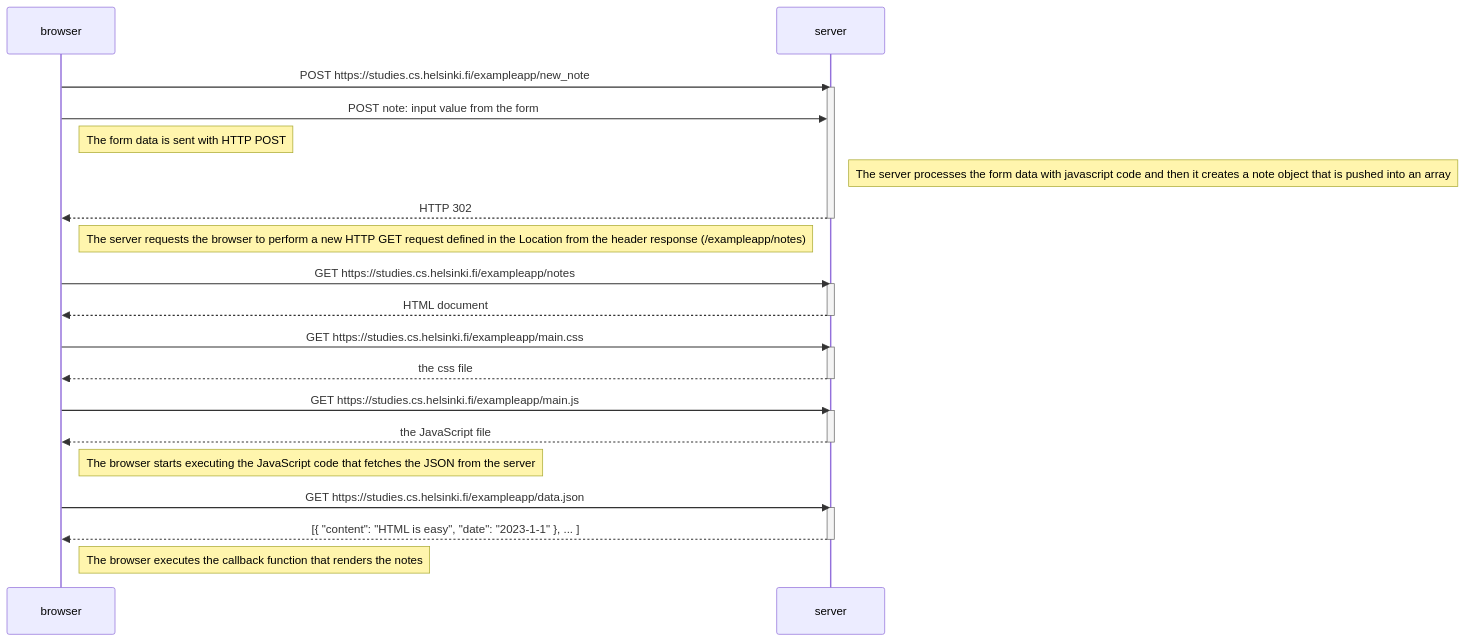
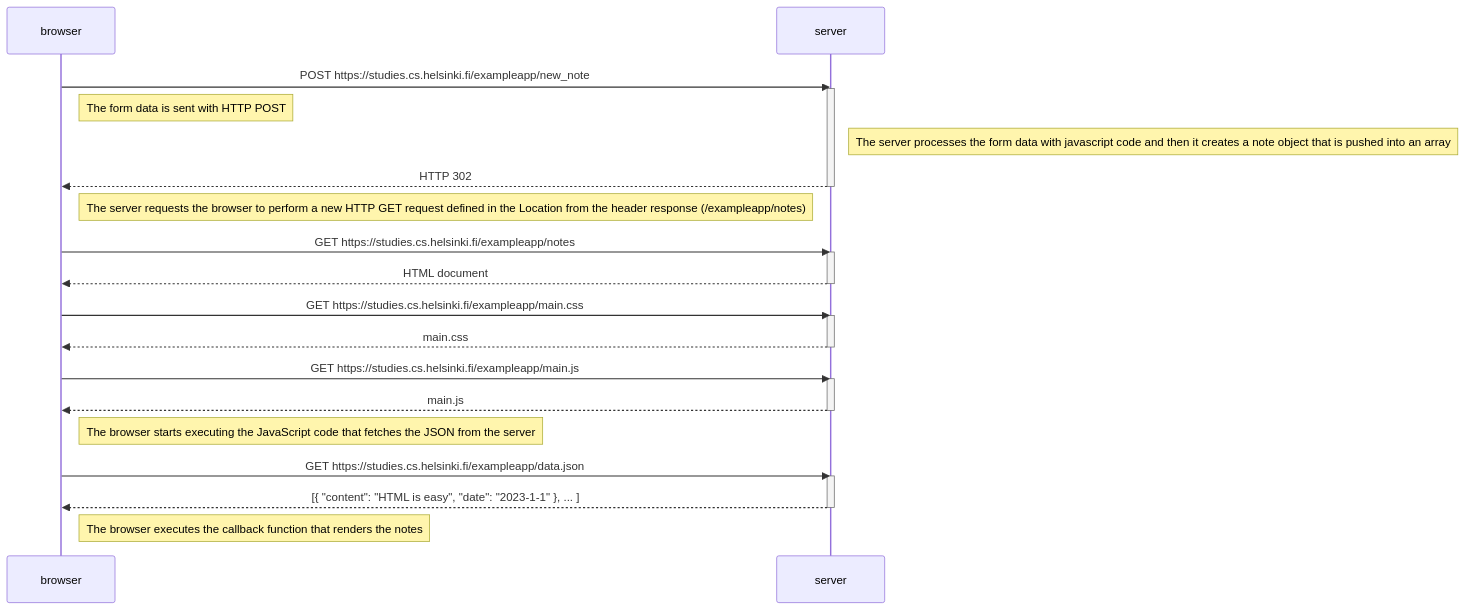
The diagram in part0/0.4/0.4.md (PeraSoluciones/fullstackopen), drawn with Mermaid before and after one commit.

````diff
--- a/part0/0.4/0.4.md
+++ b/part0/0.4/0.4.md
@@ -1,41 +1,40 @@
 ```mermaid
 sequenceDiagram
     participant browser
     participant server
 
     browser->>server: POST https://studies.cs.helsinki.fi/exampleapp/new_note
     activate server
-    browser->>server: POST note: input value from the form
 
     Note right of browser: The form data is sent with HTTP POST  
     Note right of server: The server processes the form data with javascript code and then it creates a note object that is pushed into an array 
 
     server-->>browser: HTTP 302
     deactivate server
 
     Note left of server: The server requests the browser to perform a new HTTP GET request defined in the Location from the header response (/exampleapp/notes)
 
     browser->>server: GET https://studies.cs.helsinki.fi/exampleapp/notes
     activate server
     server-->>browser: HTML document
     deactivate server
 
     browser->>server: GET https://studies.cs.helsinki.fi/exampleapp/main.css
     activate server
-    server-->>browser: the css file
+    server-->>browser: main.css
     deactivate server
 
     browser->>server: GET https://studies.cs.helsinki.fi/exampleapp/main.js
     activate server
-    server-->>browser: the JavaScript file
+    server-->>browser: main.js
     deactivate server
 
     Note right of browser: The browser starts executing the JavaScript code that fetches the JSON from the server
 
     browser->>server: GET https://studies.cs.helsinki.fi/exampleapp/data.json
     activate server
     server-->>browser: [{ "content": "HTML is easy", "date": "2023-1-1" }, ... ]
     deactivate server
 
     Note right of browser: The browser executes the callback function that renders the notes
 ```
````
